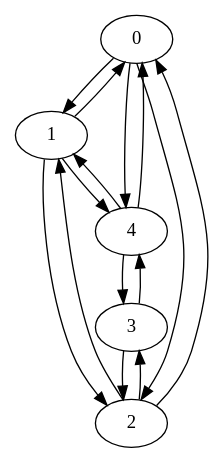
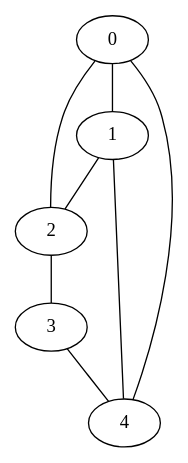
One commit to clay-010/DiscreteMathLaboratory changed the diagram in graphs.dot. Above: the diagram before and after it, drawn with Graphviz. The commit also changed 2 other files, not shown here.

```diff
--- a/graphs.dot
+++ b/graphs.dot
@@ -1,16 +1,9 @@
-digraph G {
-    0 -> 1;
-    0 -> 2;
-    0 -> 4;
-    1 -> 0;
-    1 -> 2;
-    1 -> 4;
-    2 -> 0;
-    2 -> 1;
-    2 -> 3;
-    3 -> 2;
-    3 -> 4;
-    4 -> 0;
-    4 -> 1;
-    4 -> 3;
+graph G {
+    0 -- 1;
+    0 -- 2;
+    0 -- 4;
+    1 -- 2;
+    1 -- 4;
+    2 -- 3;
+    3 -- 4;
 }
```
